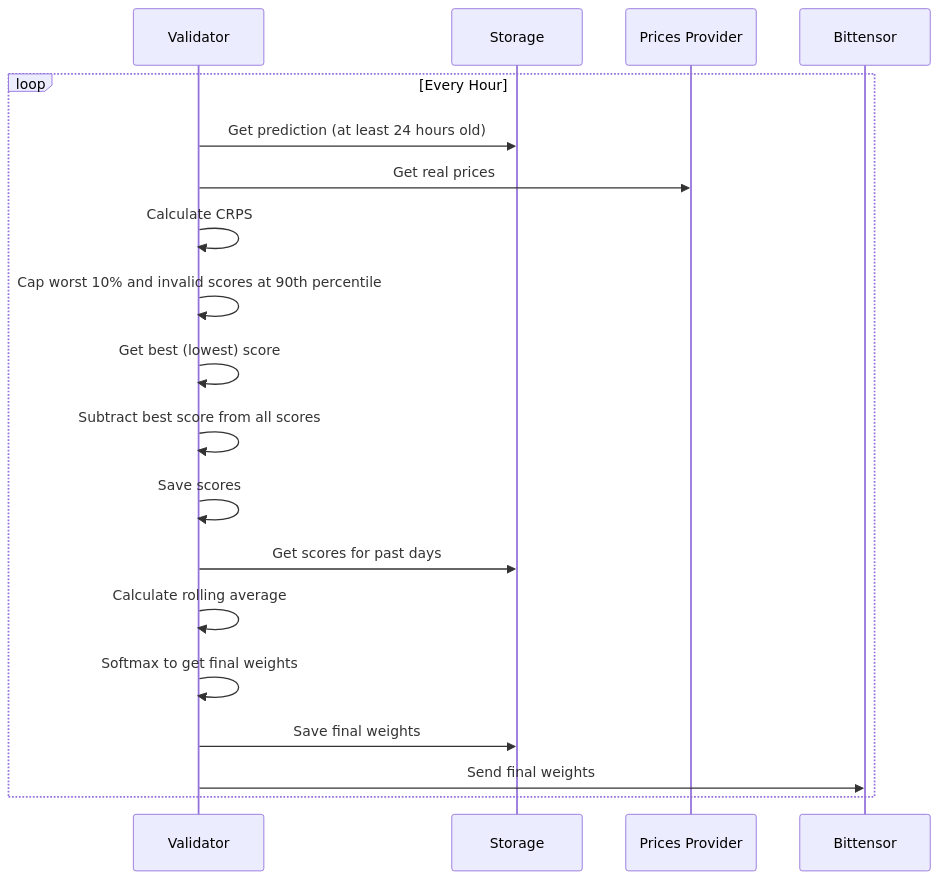
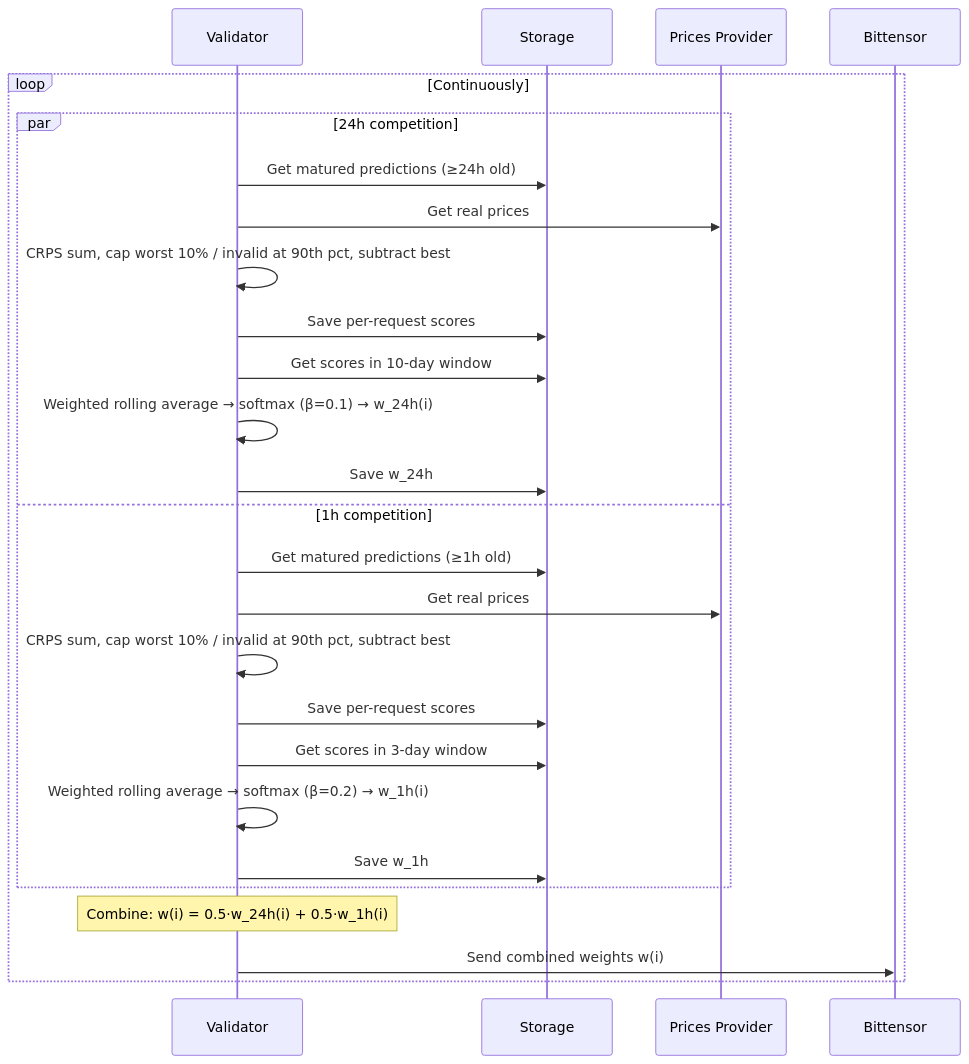
Before and after one commit to mode-network/synth-subnet: the second of 2 diagrams in README.md, drawn with Mermaid.

Commit message:
update sequenceDiagram (#258)

````diff
--- a/README.md
+++ b/README.md
@@ -212,22 +212,29 @@
 ```mermaid
 sequenceDiagram
     participant Validator
     participant Storage
     participant PricesProvider as Prices Provider
     participant Bittensor
 
-    loop Every Hour
-        Validator->>Storage: Get prediction (at least 24 hours old)
-        Validator->>PricesProvider: Get real prices
-        Validator->>Validator: Calculate CRPS
-        Validator->>Validator: Cap worst 10% and invalid scores at 90th percentile
-        Validator->>Validator: Get best (lowest) score
-        Validator->>Validator: Subtract best score from all scores
-        Validator->>Validator: Save scores
-        Validator->>Storage: Get scores for past days
-        Validator->>Validator: Calculate rolling average
-        Validator->>Validator: Softmax to get final weights
-        Validator->>Storage: Save final weights
-        Validator->>Bittensor: Send final weights
+    loop Continuously
+        par 24h competition
+            Validator->>Storage: Get matured predictions (≥24h old)
+            Validator->>PricesProvider: Get real prices
+            Validator->>Validator: CRPS sum, cap worst 10% / invalid at 90th pct, subtract best
+            Validator->>Storage: Save per-request scores
+            Validator->>Storage: Get scores in 10-day window
+            Validator->>Validator: Weighted rolling average → softmax (β=0.1) → w_24h(i)
+            Validator->>Storage: Save w_24h
+        and 1h competition
+            Validator->>Storage: Get matured predictions (≥1h old)
+            Validator->>PricesProvider: Get real prices
+            Validator->>Validator: CRPS sum, cap worst 10% / invalid at 90th pct, subtract best
+            Validator->>Storage: Save per-request scores
+            Validator->>Storage: Get scores in 3-day window
+            Validator->>Validator: Weighted rolling average → softmax (β=0.2) → w_1h(i)
+            Validator->>Storage: Save w_1h
+        end
+        Note over Validator: Combine: w(i) = 0.5·w_24h(i) + 0.5·w_1h(i)
+        Validator->>Bittensor: Send combined weights w(i)
     end
 ```
````
